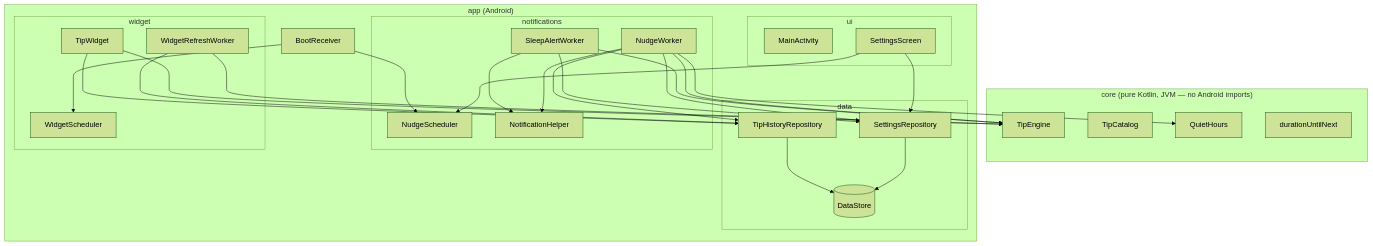
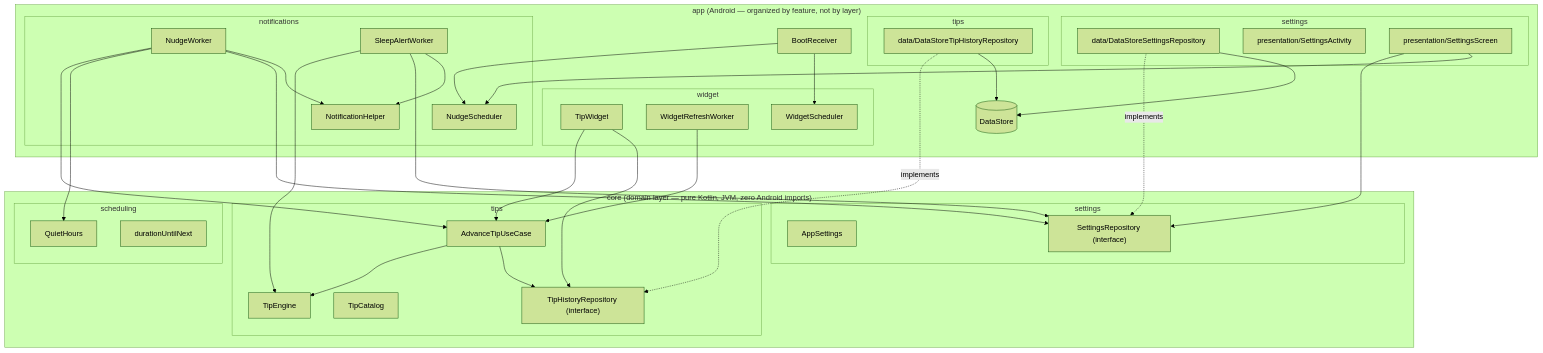
One commit to alexanderkova033/health-widget changed the diagram in README.md. Above: the diagram before and after it, drawn with Mermaid (forest theme). The commit also changed other lines of this file and 34 other files, not shown here.

````diff
--- a/README.md
+++ b/README.md
@@ -51,56 +62,69 @@
 ```mermaid
 graph TD
-    subgraph core["core (pure Kotlin, JVM — no Android imports)"]
-        TipEngine
-        TipCatalog
-        QuietHours
-        NextOccurrence["durationUntilNext"]
+    subgraph core["core (domain layer — pure Kotlin, JVM, zero Android imports)"]
+        subgraph coreTips["tips"]
+            TipEngine
+            TipCatalog
+            TipHistoryRepository["TipHistoryRepository (interface)"]
+            AdvanceTipUseCase
+        end
+        subgraph coreSettings["settings"]
+            AppSettings
+            SettingsRepository["SettingsRepository (interface)"]
+        end
+        subgraph coreScheduling["scheduling"]
+            QuietHours
+            NextOccurrence["durationUntilNext"]
+        end
     end
 
-    subgraph app["app (Android)"]
-        subgraph data["data"]
-            SettingsRepository
-            TipHistoryRepository
-            DataStore[("DataStore<Preferences>")]
+    subgraph app["app (Android — organized by feature, not by layer)"]
+        subgraph settingsFeature["settings"]
+            DataStoreSettingsRepository["data/DataStoreSettingsRepository"]
+            SettingsActivity["presentation/SettingsActivity"]
+            SettingsScreen["presentation/SettingsScreen"]
+        end
+        subgraph tipsFeature["tips"]
+            DataStoreTipHistoryRepository["data/DataStoreTipHistoryRepository"]
         end
         subgraph notif["notifications"]
             NudgeScheduler
             NudgeWorker
             SleepAlertWorker
             NotificationHelper
         end
         subgraph widget["widget"]
             TipWidget
             WidgetRefreshWorker
             WidgetScheduler
         end
-        subgraph ui["ui"]
-            MainActivity
-            SettingsScreen
-        end
         BootReceiver
+        DataStore[("DataStore<Preferences>")]
     end
+
+    DataStoreSettingsRepository -.implements.-> SettingsRepository
+    DataStoreTipHistoryRepository -.implements.-> TipHistoryRepository
+    DataStoreSettingsRepository --> DataStore
+    DataStoreTipHistoryRepository --> DataStore
+    AdvanceTipUseCase --> TipEngine
+    AdvanceTipUseCase --> TipHistoryRepository
 
     SettingsScreen --> SettingsRepository
     SettingsScreen --> NudgeScheduler
-    SettingsRepository --> DataStore
-    TipHistoryRepository --> DataStore
 
-    NudgeWorker --> TipEngine
+    NudgeWorker --> AdvanceTipUseCase
     NudgeWorker --> QuietHours
-    NudgeWorker --> TipHistoryRepository
     NudgeWorker --> SettingsRepository
     NudgeWorker --> NotificationHelper
 
     SleepAlertWorker --> TipEngine
     SleepAlertWorker --> SettingsRepository
     SleepAlertWorker --> NotificationHelper
 
-    WidgetRefreshWorker --> TipEngine
-    WidgetRefreshWorker --> TipHistoryRepository
+    WidgetRefreshWorker --> AdvanceTipUseCase
+    TipWidget --> AdvanceTipUseCase
     TipWidget --> TipHistoryRepository
-    TipWidget --> TipEngine
 
     BootReceiver --> NudgeScheduler
     BootReceiver --> WidgetScheduler
 ```
````
